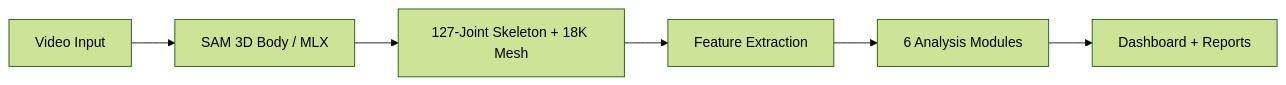
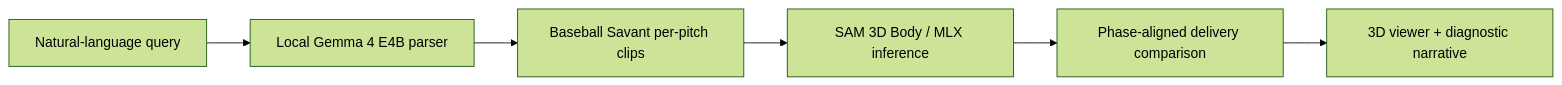
One commit to shihwesley/SamPlaysBaseball changed the diagram in README.md. Above: the diagram before and after it, drawn with Mermaid (forest theme). The commit also changed other lines of this file and 15 other files, not shown here.

````diff
--- a/README.md
+++ b/README.md
@@ -10,8 +13,8 @@
 ```mermaid
 flowchart LR
-    A[Video Input] --> B[SAM 3D Body / MLX]
-    B --> C[127-Joint Skeleton + 18K Mesh]
-    C --> D[Feature Extraction]
-    D --> E[6 Analysis Modules]
-    E --> F[Dashboard + Reports]
+    A[Natural-language query] --> B[Local Gemma 4 E4B parser]
+    B --> C[Baseball Savant per-pitch clips]
+    C --> D[SAM 3D Body / MLX inference]
+    D --> E[Phase-aligned delivery comparison]
+    E --> F[3D viewer + diagnostic narrative]
 ```
````
